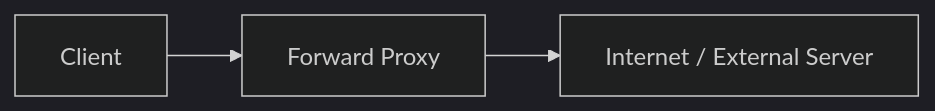
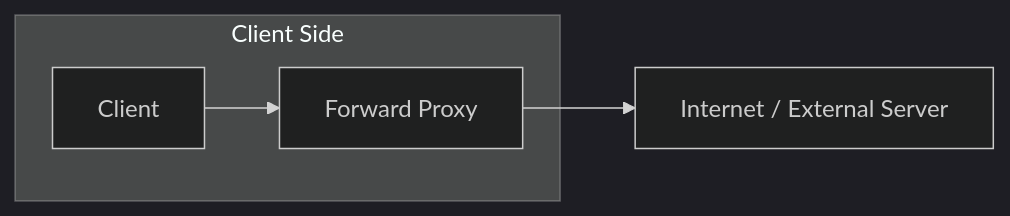
Before and after one commit to lekhrajdinkar/solution-engineer: the first of 3 diagrams in docs/2022-2025/SE_02_system-design/SD_03_Core-building-blocks/SD_03_53_network/02_core_04_proxies.md, drawn with Mermaid (dark theme). The commit also changed other lines of this file and 8 other files, not shown here.

````diff
--- a/docs/2022-2025/SE_02_system-design/SD_03_Core-building-blocks/SD_03_53_network/02_core_04_proxies.md
+++ b/docs/2022-2025/SE_02_system-design/SD_03_Core-building-blocks/SD_03_53_network/02_core_04_proxies.md
@@ -14,5 +14,9 @@
 ```mermaid
 flowchart LR
-    C[Client] --> FP[Forward Proxy]
+    subgraph ClientSide["Client Side"]
+        C[Client]
+        FP[Forward Proxy]
+        C --> FP
+    end
     FP --> I[Internet / External Server]
 ```
````
